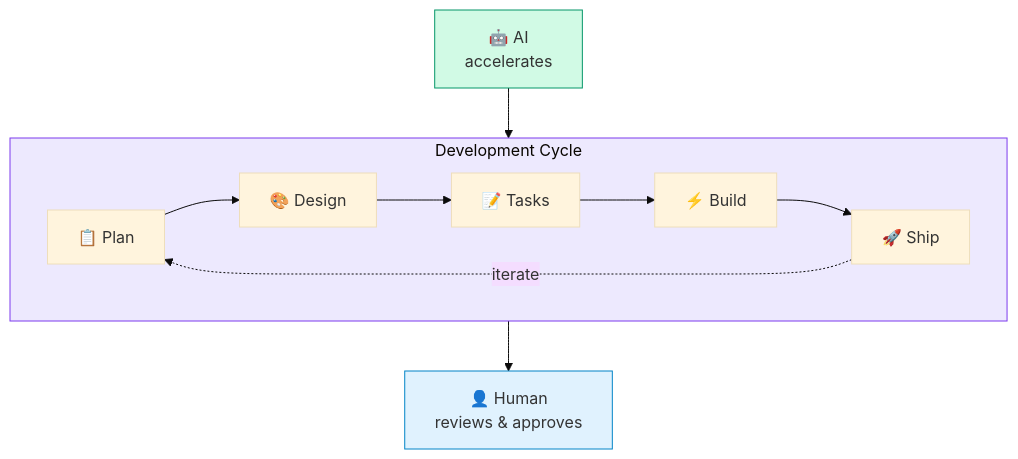
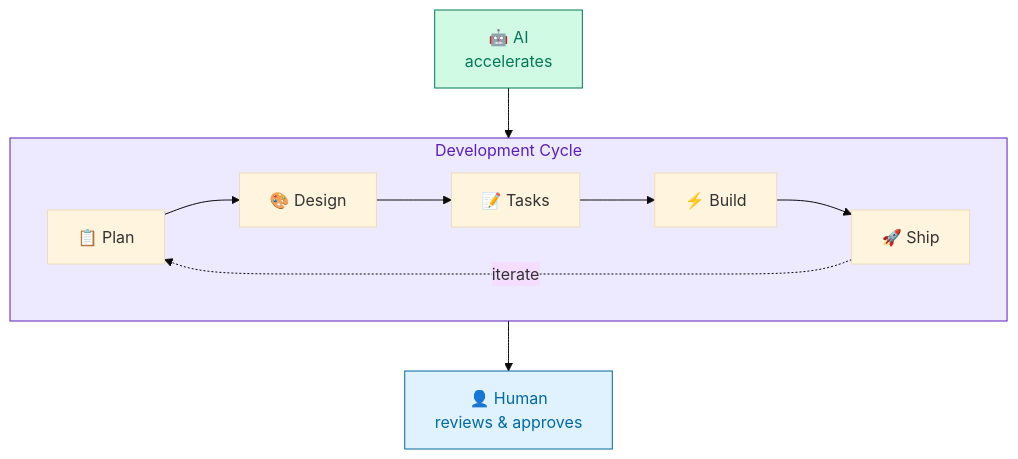
One commit to cliangdev/specflux changed the diagram in README.md. Above: the diagram before and after it, drawn with Mermaid (base theme). The commit also changed 1 other file, not shown here.

Commit message:
docs: use darker colors for diagram titles
Make subgraph titles more readable by using darker stroke and text colors.

🤖 Generated with [Claude Code](https://claude.com/claude-code)

````diff
--- a/README.md
+++ b/README.md
@@ -27,16 +27,16 @@
 ```mermaid
 flowchart TB
     subgraph Cycle ["Development Cycle"]
         direction LR
         Plan["📋 Plan"] --> Design["🎨 Design"] --> Tasks["📝 Tasks"] --> Build["⚡ Build"] --> Ship["🚀 Ship"]
     end
 
     Ship -.->|iterate| Plan
 
     AI["🤖 AI<br/>accelerates"] --> Cycle
     Cycle --> Human["👤 Human<br/>reviews & approves"]
 
-    style Cycle fill:#ede9fe,stroke:#7c3aed
-    style AI fill:#d1fae5,stroke:#059669
-    style Human fill:#e0f2fe,stroke:#0284c7
+    style Cycle fill:#ede9fe,stroke:#5b21b6,color:#5b21b6
+    style AI fill:#d1fae5,stroke:#047857,color:#047857
+    style Human fill:#e0f2fe,stroke:#0369a1,color:#0369a1
 ```
````
